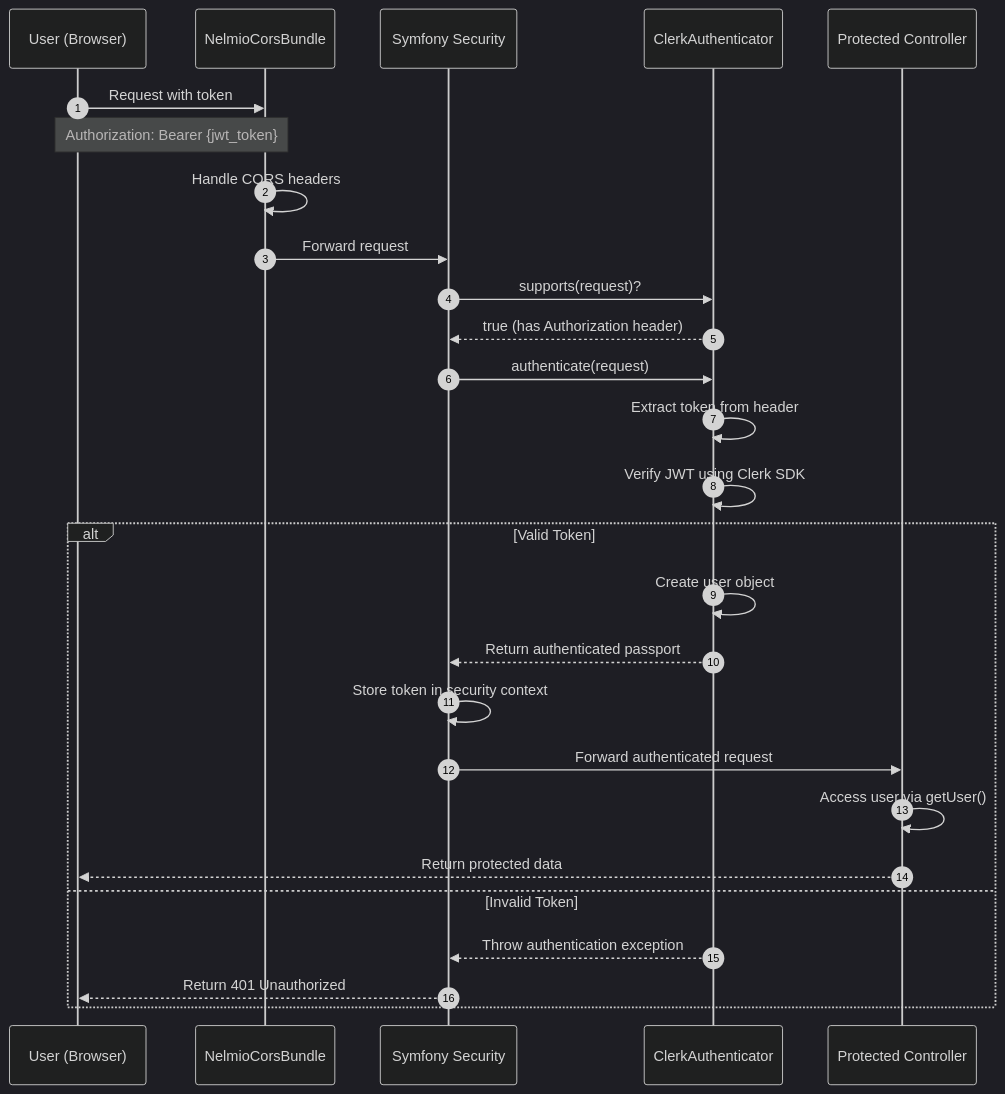
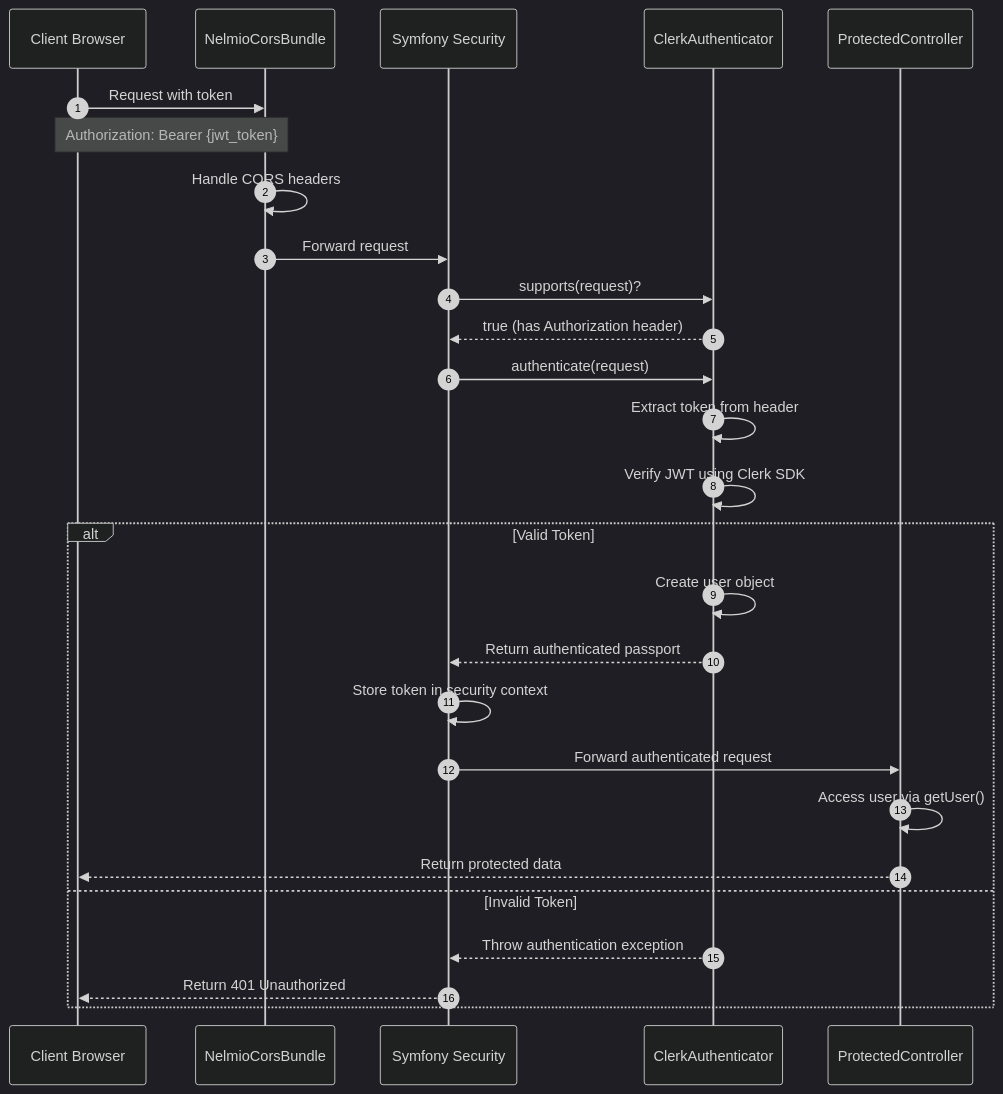
The diagram in README.md (speakeasy-api/clerk-symfony-example), drawn with Mermaid (dark theme) before and after one commit. The commit also changed other lines of this file, not shown here.

````diff
--- a/README.md
+++ b/README.md
@@ -23,34 +51,34 @@
 ```mermaid
 sequenceDiagram
     autonumber
-    participant User as User (Browser) 
+    participant Client as Client Browser
     participant CORS as NelmioCorsBundle
     participant Auth as Symfony Security
-    participant ClerkAuth as ClerkAuthenticator
-    participant Controller as Protected Controller
+    participant Clerk as ClerkAuthenticator
+    participant Cont as ProtectedController
       
-    User->>CORS: Request with token
-    Note over User,CORS: Authorization: Bearer {jwt_token}
+    Client->>CORS: Request with token
+    Note over Client,CORS: Authorization: Bearer {jwt_token}
     
     CORS->>CORS: Handle CORS headers
     CORS->>Auth: Forward request
     
-    Auth->>ClerkAuth: supports(request)?
-    ClerkAuth-->>Auth: true (has Authorization header)
+    Auth->>Clerk: supports(request)?
+    Clerk-->>Auth: true (has Authorization header)
     
-    Auth->>ClerkAuth: authenticate(request)
-    ClerkAuth->>ClerkAuth: Extract token from header
-    ClerkAuth->>ClerkAuth: Verify JWT using Clerk SDK
+    Auth->>Clerk: authenticate(request)
+    Clerk->>Clerk: Extract token from header
+    Clerk->>Clerk: Verify JWT using Clerk SDK
     
     alt Valid Token
-        ClerkAuth->>ClerkAuth: Create user object
-        ClerkAuth-->>Auth: Return authenticated passport
+        Clerk->>Clerk: Create user object
+        Clerk-->>Auth: Return authenticated passport
         Auth->>Auth: Store token in security context
-        Auth->>Controller: Forward authenticated request
-        Controller->>Controller: Access user via getUser()
-        Controller-->>User: Return protected data
+        Auth->>Cont: Forward authenticated request
+        Cont->>Cont: Access user via getUser()
+        Cont-->>Client: Return protected data
     else Invalid Token
-        ClerkAuth-->>Auth: Throw authentication exception
-        Auth-->>User: Return 401 Unauthorized
+        Clerk-->>Auth: Throw authentication exception
+        Auth-->>Client: Return 401 Unauthorized
     end
 ```
````
